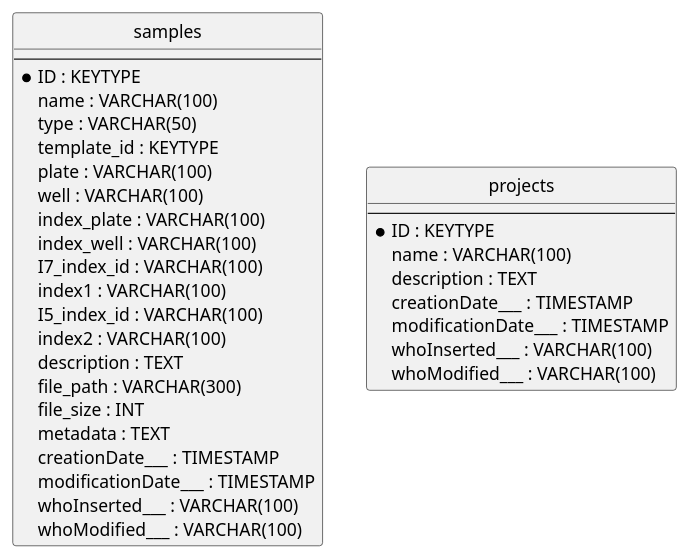
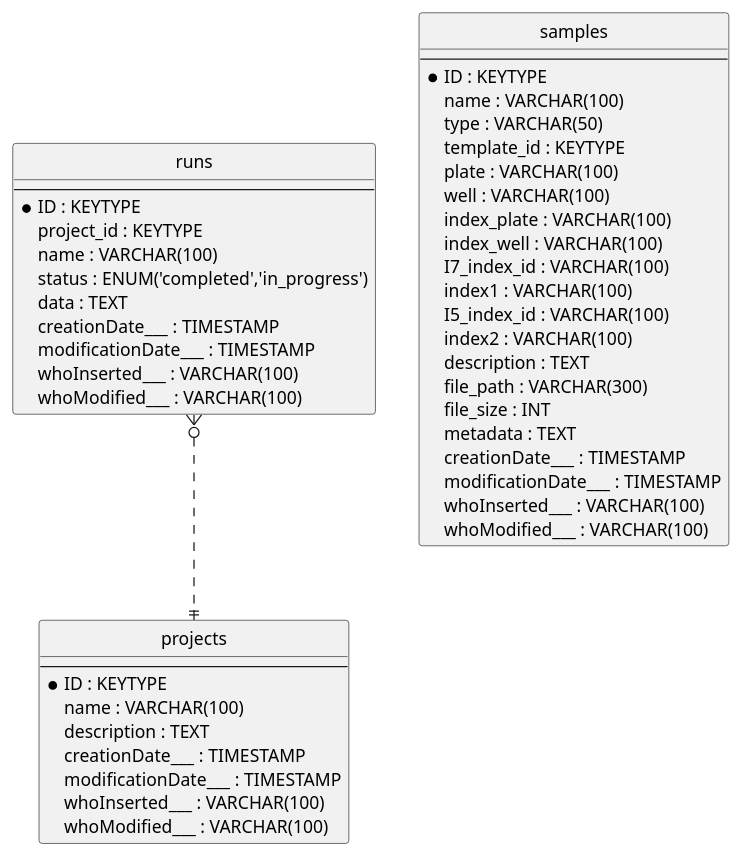
Before and after one commit to genespace-ru/lims-docs: the diagram in source/be5/diagrams/projects.puml, drawn with PlantUML. The commit also changed 13 other files, not shown here.

```diff
--- a/source/be5/diagrams/projects.puml
+++ b/source/be5/diagrams/projects.puml
@@ -1,37 +1,52 @@
    hide circle
    skinparam linetype ortho
+
+   entity "projects" as projects{
+     --
+     *ID : KEYTYPE
+     name : VARCHAR(100)
+     description : TEXT
+     creationDate___ : TIMESTAMP
+     modificationDate___ : TIMESTAMP
+     whoInserted___ : VARCHAR(100)
+     whoModified___ : VARCHAR(100)
+    }
+
+   entity "runs" as runs{
+     --
+     *ID : KEYTYPE
+     project_id : KEYTYPE
+     name : VARCHAR(100)
+     status : ENUM('completed','in_progress')
+     data : TEXT
+     creationDate___ : TIMESTAMP
+     modificationDate___ : TIMESTAMP
+     whoInserted___ : VARCHAR(100)
+     whoModified___ : VARCHAR(100)
+    }
 
    entity "samples" as samples{
      --
      *ID : KEYTYPE
      name : VARCHAR(100)
      type : VARCHAR(50)
      template_id : KEYTYPE
      plate : VARCHAR(100)
      well : VARCHAR(100)
      index_plate : VARCHAR(100)
      index_well : VARCHAR(100)
      I7_index_id : VARCHAR(100)
      index1 : VARCHAR(100)
      I5_index_id : VARCHAR(100)
      index2 : VARCHAR(100)
      description : TEXT
      file_path : VARCHAR(300)
      file_size : INT
      metadata : TEXT
      creationDate___ : TIMESTAMP
      modificationDate___ : TIMESTAMP
      whoInserted___ : VARCHAR(100)
      whoModified___ : VARCHAR(100)
     }
 
-   entity "projects" as projects{
-     --
-     *ID : KEYTYPE
-     name : VARCHAR(100)
-     description : TEXT
-     creationDate___ : TIMESTAMP
-     modificationDate___ : TIMESTAMP
-     whoInserted___ : VARCHAR(100)
-     whoModified___ : VARCHAR(100)
-    }
+   runs }o..|| projects
```
